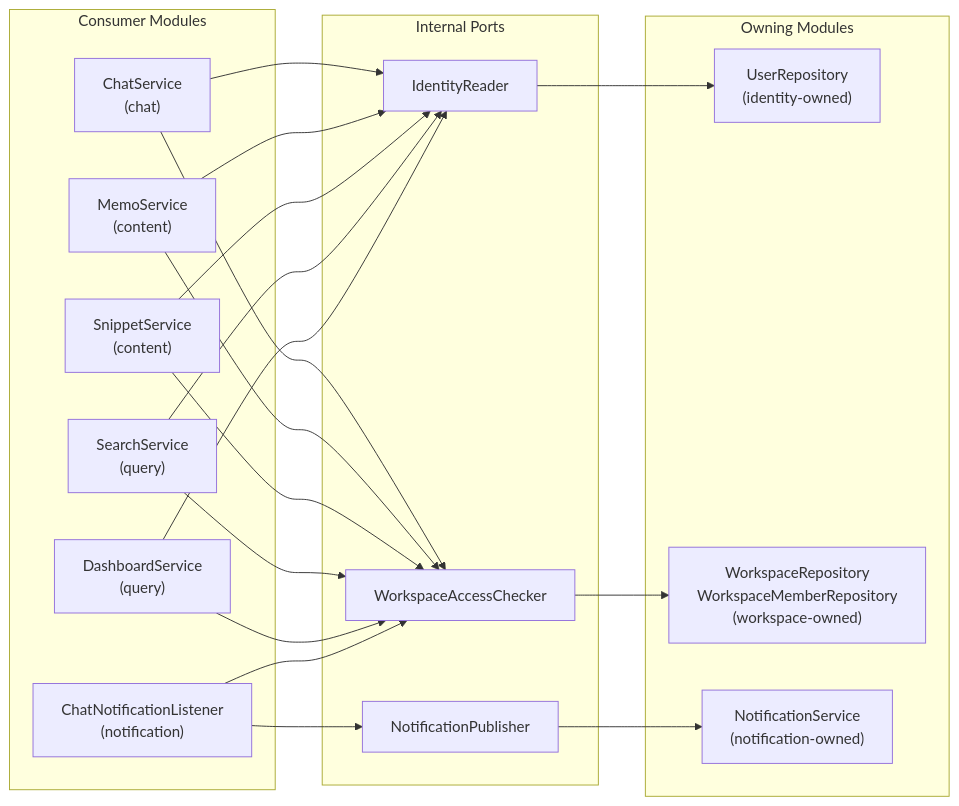
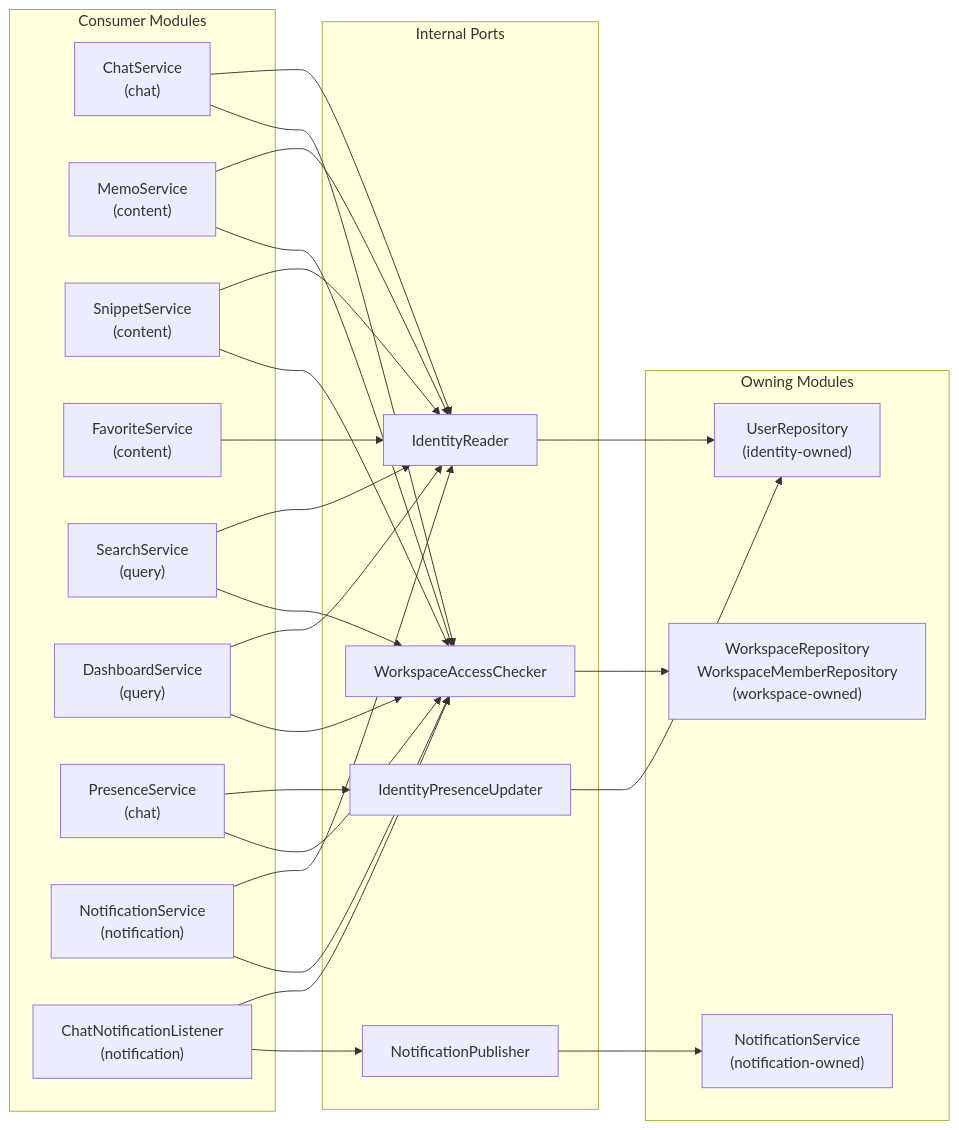
One commit to jdhert/SceneHive changed the fifth of 7 diagrams in README.md. Above: the diagram before and after it, drawn with Mermaid. The commit also changed other lines of this file and 13 other files, not shown here.

````diff
--- a/README.md
+++ b/README.md
@@ -217,40 +217,50 @@
 ```mermaid
 flowchart LR
     subgraph Consumers["Consumer Modules"]
         ChatService["ChatService\n(chat)"]
         MemoService["MemoService\n(content)"]
         SnippetService["SnippetService\n(content)"]
+        FavoriteService["FavoriteService\n(content)"]
         SearchService["SearchService\n(query)"]
         DashboardService["DashboardService\n(query)"]
+        PresenceService["PresenceService\n(chat)"]
+        NotificationService["NotificationService\n(notification)"]
         ChatListener["ChatNotificationListener\n(notification)"]
     end
 
     subgraph Ports["Internal Ports"]
         IdentityReader["IdentityReader"]
+        IdentityPresenceUpdater["IdentityPresenceUpdater"]
         WorkspaceAccessChecker["WorkspaceAccessChecker"]
         NotificationPublisher["NotificationPublisher"]
     end
 
     subgraph Owners["Owning Modules"]
         UserRepo["UserRepository\n(identity-owned)"]
         WorkspaceRepos["WorkspaceRepository\nWorkspaceMemberRepository\n(workspace-owned)"]
         NotificationSvc["NotificationService\n(notification-owned)"]
     end
 
     ChatService --> IdentityReader
     ChatService --> WorkspaceAccessChecker
     MemoService --> IdentityReader
     MemoService --> WorkspaceAccessChecker
     SnippetService --> IdentityReader
     SnippetService --> WorkspaceAccessChecker
+    FavoriteService --> IdentityReader
     SearchService --> IdentityReader
     SearchService --> WorkspaceAccessChecker
     DashboardService --> IdentityReader
     DashboardService --> WorkspaceAccessChecker
+    PresenceService --> IdentityPresenceUpdater
+    PresenceService --> WorkspaceAccessChecker
+    NotificationService --> IdentityReader
+    NotificationService --> WorkspaceAccessChecker
     ChatListener --> WorkspaceAccessChecker
     ChatListener --> NotificationPublisher
 
     IdentityReader --> UserRepo
+    IdentityPresenceUpdater --> UserRepo
     WorkspaceAccessChecker --> WorkspaceRepos
     NotificationPublisher --> NotificationSvc
 ```
````
